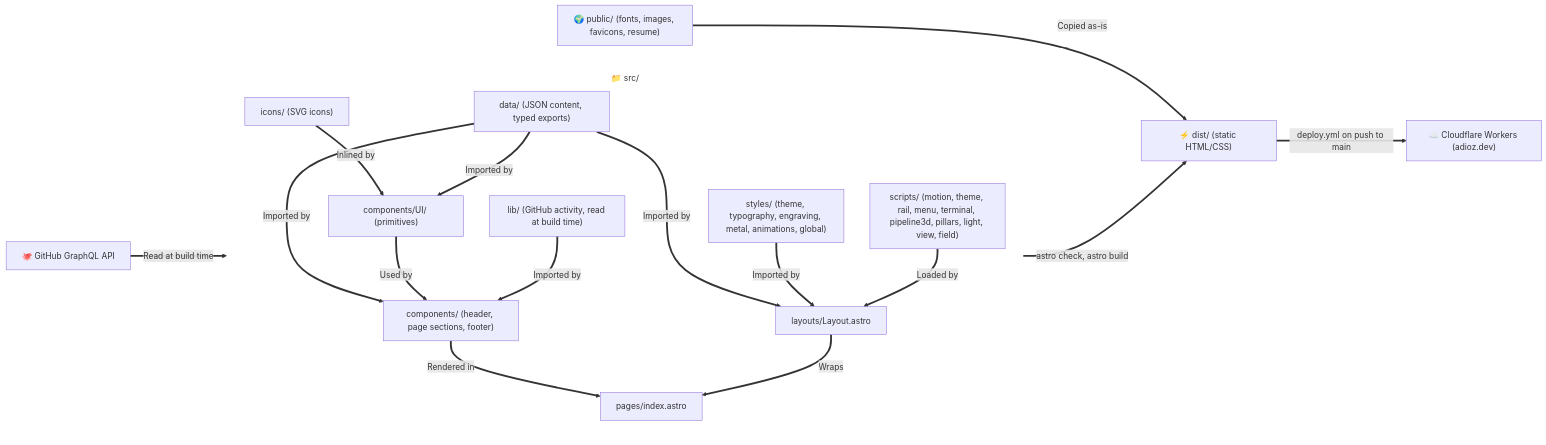
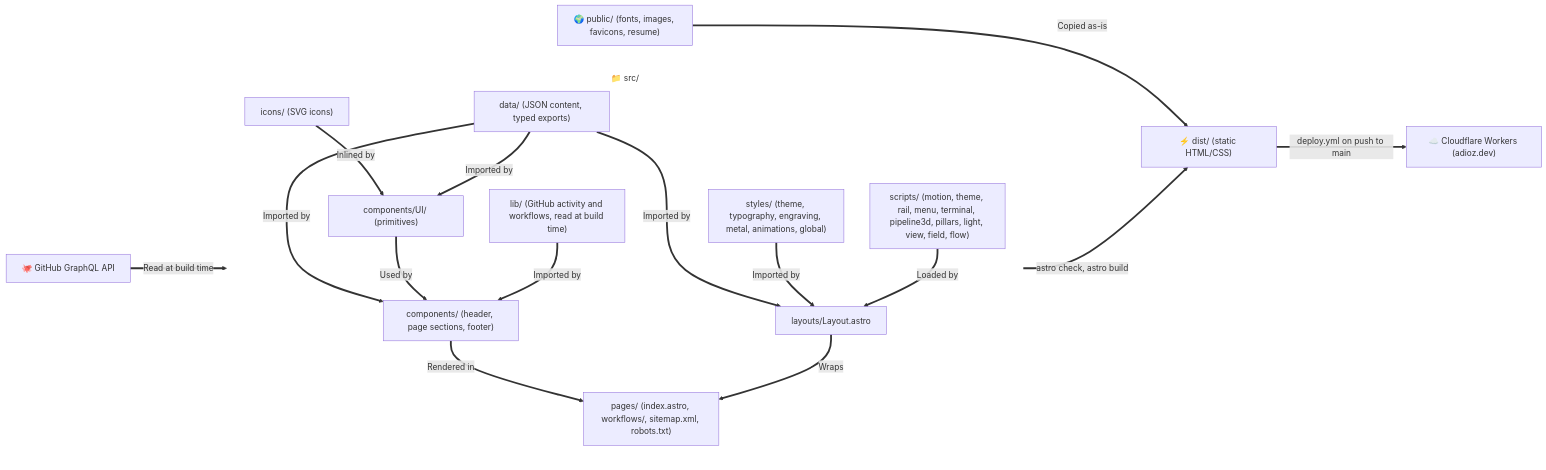
Before and after one commit to adiozeshitemi/adioz-profile: the diagram in docs/architecture.md, drawn with Mermaid. The commit also changed other lines of this file and 2 other files, not shown here.

First line of the commit message:
docs: describe the workflow pages, the Workflows section and the sitemap

````diff
--- a/docs/architecture.md
+++ b/docs/architecture.md
@@ -9,36 +9,36 @@
 ```mermaid
 flowchart LR
     %% Define invisible styling for subgraphs to remove backgrounds and borders
     classDef transparent fill:none,stroke:none;
 
     subgraph Src ["📁 src/"]
         direction TB
         Data["data/ (JSON content, typed exports)"]
-        Lib["lib/ (GitHub activity, read at build time)"]
+        Lib["lib/ (GitHub activity and workflows, read at build time)"]
         Styles["styles/ (theme, typography, engraving, metal, animations, global)"]
-        Scripts["scripts/ (motion, theme, rail, menu, terminal, pipeline3d, pillars, light, view, field)"]
+        Scripts["scripts/ (motion, theme, rail, menu, terminal, pipeline3d, pillars, light, view, field, flow)"]
         Icons["icons/ (SVG icons)"]
         UI["components/UI/ (primitives)"]
         Sections["components/ (header, page sections, footer)"]
         Layout["layouts/Layout.astro"]
-        Page["pages/index.astro"]
+        Page["pages/ (index.astro, workflows/, sitemap.xml, robots.txt)"]
     end
 
     Icons ==>|Inlined by| UI
     Data ==>|Imported by| UI
     Data ==>|Imported by| Sections
     UI ==>|Used by| Sections
     Data ==>|Imported by| Layout
     Lib ==>|Imported by| Sections
     GitHub["🐙 GitHub GraphQL API"] ==>|Read at build time| Lib
     Styles ==>|Imported by| Layout
     Scripts ==>|Loaded by| Layout
     Sections ==>|Rendered in| Page
     Layout ==>|Wraps| Page
     Page ==>|astro check, astro build| Dist["⚡ dist/ (static HTML/CSS)"]
     Public["🌍 public/ (fonts, images, favicons, resume)"] ==>|Copied as-is| Dist
     Dist ==>|deploy.yml on push to main| Workers["☁️ Cloudflare Workers (adioz.dev)"]
 
     %% Apply transparent class to subgraphs
     class Src transparent;
 ```
````
